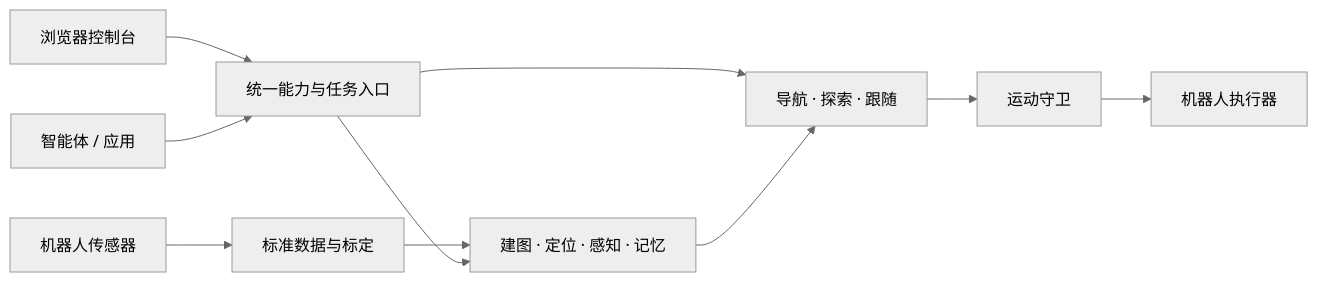
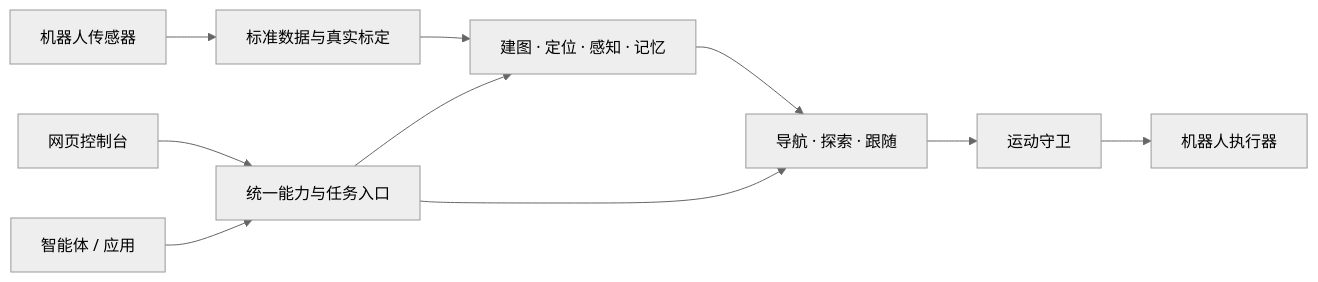
One commit to Molun0301/nuwax-embodied-harness changed the diagram in README.md. Above: the diagram before and after it, drawn with Mermaid (neutral theme). The commit also changed other lines of this file and 35 other files, not shown here.

````diff
--- a/README.md
+++ b/README.md
@@ -39,12 +49,12 @@
 ```mermaid
 flowchart LR
-    H[浏览器控制台] --> G[统一能力与任务入口]
+    R[机器人传感器] --> D[标准数据与真实标定]
+    D --> S[建图 · 定位 · 感知 · 记忆]
+    H[网页控制台] --> G[统一能力与任务入口]
     A[智能体 / 应用] --> G
-    R[机器人传感器] --> D[标准数据与标定]
-    D --> S[建图 · 定位 · 感知 · 记忆]
     G --> S
     G --> N[导航 · 探索 · 跟随]
     S --> N
     N --> M[运动守卫]
     M --> E[机器人执行器]
 ```
````
